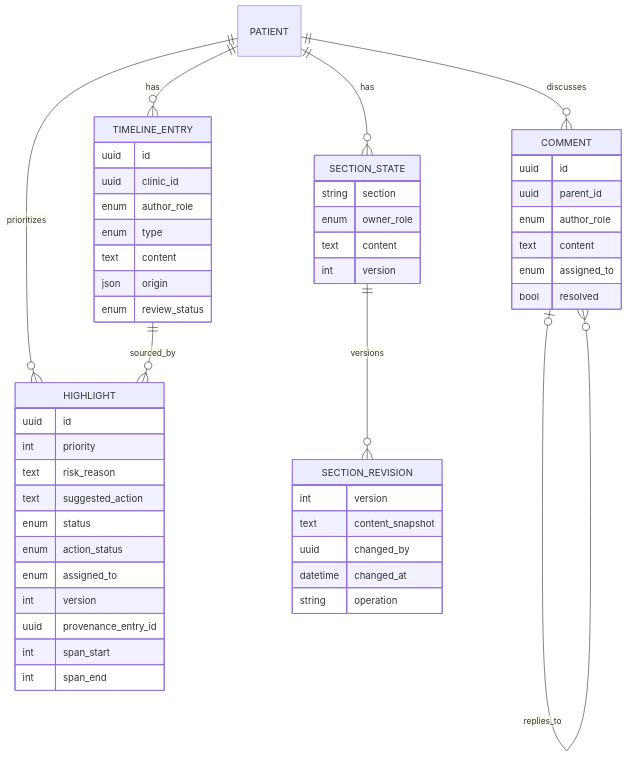
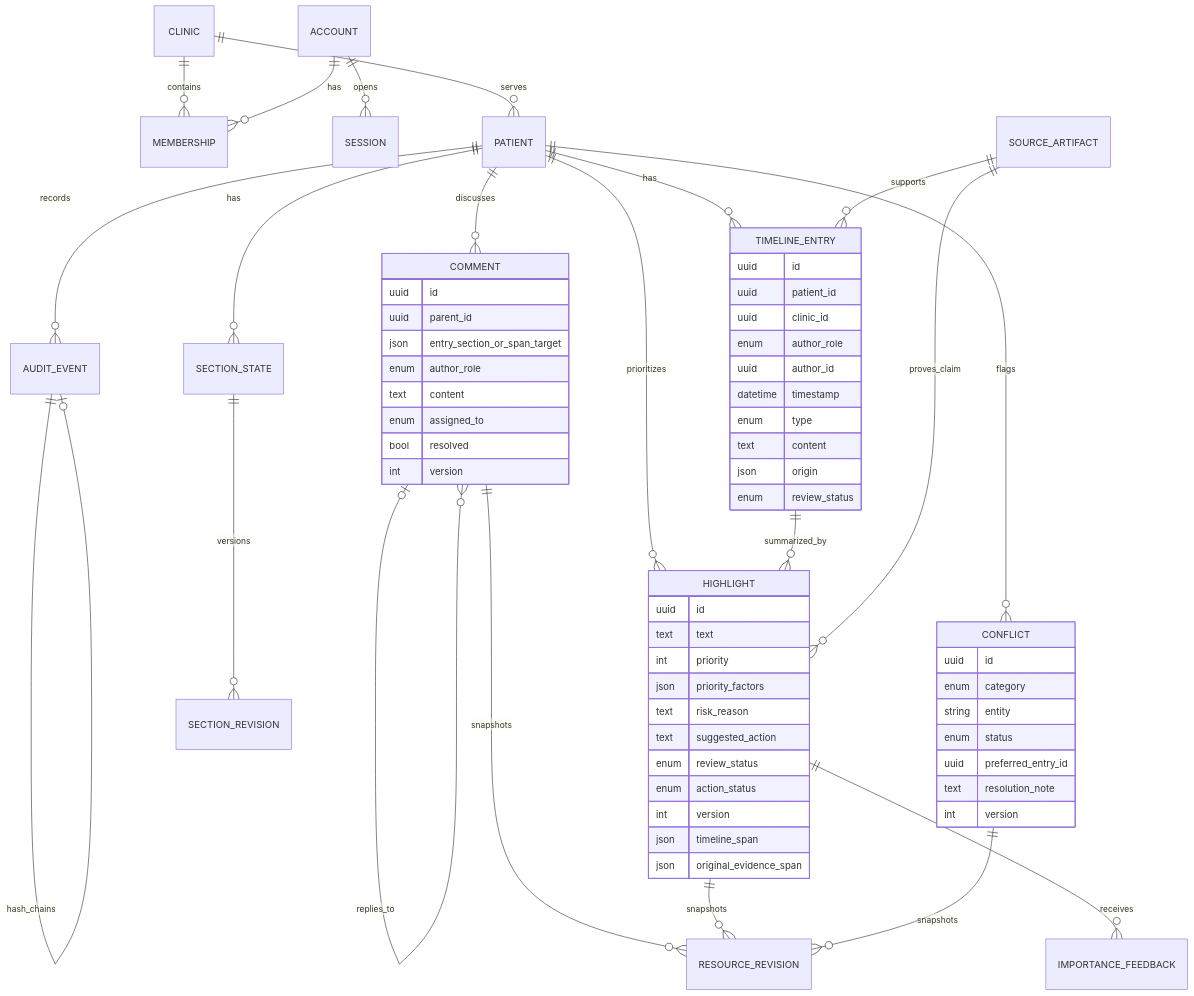
One commit to hengbolei/Nightingale-72-task changed the second of 2 diagrams in docs/TECHNICAL_BRIEF.md. Above: the diagram before and after it, drawn with Mermaid. The commit also changed other lines of this file and 46 other files, not shown here.

````diff
--- a/docs/TECHNICAL_BRIEF.md
+++ b/docs/TECHNICAL_BRIEF.md
@@ -43,54 +55,68 @@
 ```mermaid
 erDiagram
+    CLINIC ||--o{ MEMBERSHIP : contains
+    ACCOUNT ||--o{ SESSION : opens
+    ACCOUNT ||--o{ MEMBERSHIP : has
+    CLINIC ||--o{ PATIENT : serves
     PATIENT ||--o{ TIMELINE_ENTRY : has
     PATIENT ||--o{ SECTION_STATE : has
     PATIENT ||--o{ COMMENT : discusses
     PATIENT ||--o{ HIGHLIGHT : prioritizes
-    TIMELINE_ENTRY ||--o{ HIGHLIGHT : sourced_by
+    PATIENT ||--o{ CONFLICT : flags
+    SOURCE_ARTIFACT ||--o{ TIMELINE_ENTRY : supports
+    TIMELINE_ENTRY ||--o{ HIGHLIGHT : summarized_by
+    SOURCE_ARTIFACT ||--o{ HIGHLIGHT : proves_claim
     SECTION_STATE ||--o{ SECTION_REVISION : versions
     COMMENT o|--o{ COMMENT : replies_to
+    COMMENT ||--o{ RESOURCE_REVISION : snapshots
+    HIGHLIGHT ||--o{ RESOURCE_REVISION : snapshots
+    CONFLICT ||--o{ RESOURCE_REVISION : snapshots
+    HIGHLIGHT ||--o{ IMPORTANCE_FEEDBACK : receives
+    PATIENT ||--o{ AUDIT_EVENT : records
+    AUDIT_EVENT ||--o| AUDIT_EVENT : hash_chains
 
     TIMELINE_ENTRY {
       uuid id
+      uuid patient_id
       uuid clinic_id
       enum author_role
+      uuid author_id
+      datetime timestamp
       enum type
       text content
       json origin
       enum review_status
     }
     HIGHLIGHT {
       uuid id
+      text text
       int priority
+      json priority_factors
       text risk_reason
       text suggested_action
-      enum status
+      enum review_status
       enum action_status
-      enum assigned_to
       int version
-      uuid provenance_entry_id
-      int span_start
-      int span_end
-    }
-    SECTION_STATE {
-      string section
-      enum owner_role
-      text content
-      int version
-    }
-    SECTION_REVISION {
-      int version
-      text content_snapshot
-      uuid changed_by
-      datetime changed_at
-      string operation
+      json timeline_span
+      json original_evidence_span
     }
     COMMENT {
       uuid id
       uuid parent_id
+      json entry_section_or_span_target
       enum author_role
       text content
       enum assigned_to
       bool resolved
+      int version
+    }
+    CONFLICT {
+      uuid id
+      enum category
+      string entity
+      enum status
+      uuid preferred_entry_id
+      text resolution_note
+      int version
     }
 ```
````
